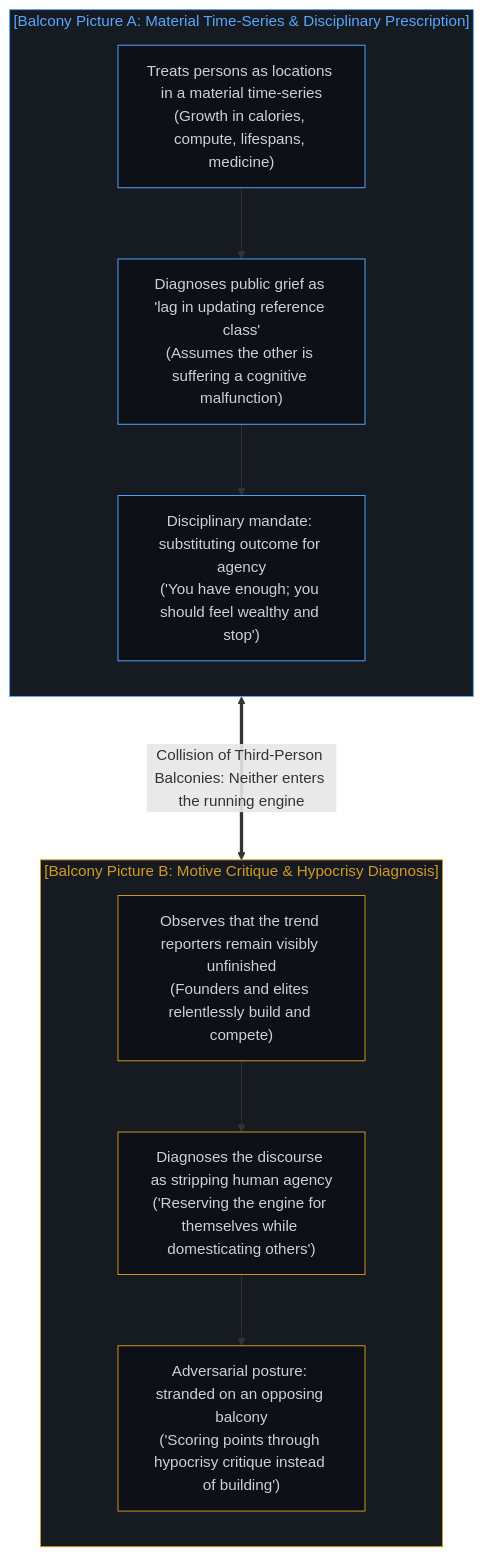
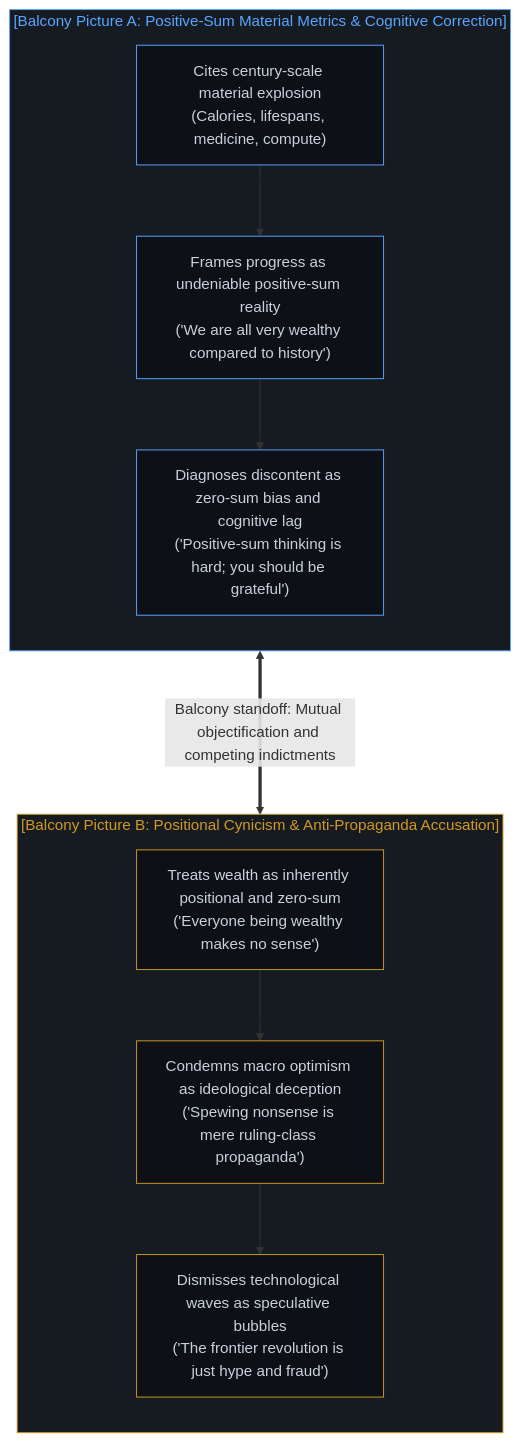
Before and after one commit to powerpig99/not-a-toe: the second of 8 diagrams in content/posts/the-balcony-disciplinary-overstep-and-the-unproxyable-act.md, drawn with Mermaid. The commit also changed other lines of this file and 3 other files, not shown here.

Commit message:
refactor(post-342): anchor section 1 in X balcony collision and articulate category diagnosis in section 2

````diff
--- a/content/posts/the-balcony-disciplinary-overstep-and-the-unproxyable-act.md
+++ b/content/posts/the-balcony-disciplinary-overstep-and-the-unproxyable-act.md
@@ -59,29 +57,29 @@
 ```mermaid
 graph TD
-    subgraph Balcony_A_EN["[Balcony Picture A: Material Time-Series & Disciplinary Prescription]"]
+    subgraph Balcony_A_EN["[Balcony Picture A: Positive-Sum Material Metrics & Cognitive Correction]"]
         direction TB
-        A1_EN["Treats persons as locations in a material time-series<br/>(Growth in calories, compute, lifespans, medicine)"]
-        A2_EN["Diagnoses public grief as 'lag in updating reference class'<br/>(Assumes the other is suffering a cognitive malfunction)"]
-        A3_EN["Disciplinary mandate: substituting outcome for agency<br/>('You have enough; you should feel wealthy and stop')"]
+        A1_EN["Cites century-scale material explosion<br/>(Calories, lifespans, medicine, compute)"]
+        A2_EN["Frames progress as undeniable positive-sum reality<br/>('We are all very wealthy compared to history')"]
+        A3_EN["Diagnoses discontent as zero-sum bias and cognitive lag<br/>('Positive-sum thinking is hard; you should be grateful')"]
         A1_EN --> A2_EN --> A3_EN
     end
 
-    subgraph Balcony_B_EN["[Balcony Picture B: Motive Critique & Hypocrisy Diagnosis]"]
+    subgraph Balcony_B_EN["[Balcony Picture B: Positional Cynicism & Anti-Propaganda Accusation]"]
         direction TB
-        B1_EN["Observes that the trend reporters remain visibly unfinished<br/>(Founders and elites relentlessly build and compete)"]
-        B2_EN["Diagnoses the discourse as stripping human agency<br/>('Reserving the engine for themselves while domesticating others')"]
-        B3_EN["Adversarial posture: stranded on an opposing balcony<br/>('Scoring points through hypocrisy critique instead of building')"]
+        B1_EN["Treats wealth as inherently positional and zero-sum<br/>('Everyone being wealthy makes no sense')"]
+        B2_EN["Condemns macro optimism as ideological deception<br/>('Spewing nonsense is mere ruling-class propaganda')"]
+        B3_EN["Dismisses technological waves as speculative bubbles<br/>('The frontier revolution is just hype and fraud')"]
         B1_EN --> B2_EN --> B3_EN
     end
 
-    Balcony_A_EN <===>|"Collision of Third-Person Balconies: Neither enters the running engine"| Balcony_B_EN
+    Balcony_A_EN <===>|"Balcony standoff: Mutual objectification and competing indictments"| Balcony_B_EN
 
     style Balcony_A_EN fill:#161b22,stroke:#58a6ff,stroke-width:1px,color:#58a6ff
     style Balcony_B_EN fill:#161b22,stroke:#d29922,stroke-width:1px,color:#d29922
     style A1_EN fill:#0d1117,stroke:#58a6ff,stroke-width:1px,color:#c9d1d9
     style A2_EN fill:#0d1117,stroke:#58a6ff,stroke-width:1px,color:#c9d1d9
     style A3_EN fill:#0d1117,stroke:#58a6ff,stroke-width:1px,color:#c9d1d9
     style B1_EN fill:#0d1117,stroke:#d29922,stroke-width:1px,color:#c9d1d9
     style B2_EN fill:#0d1117,stroke:#d29922,stroke-width:1px,color:#c9d1d9
     style B3_EN fill:#0d1117,stroke:#d29922,stroke-width:1px,color:#c9d1d9
 ```
````
